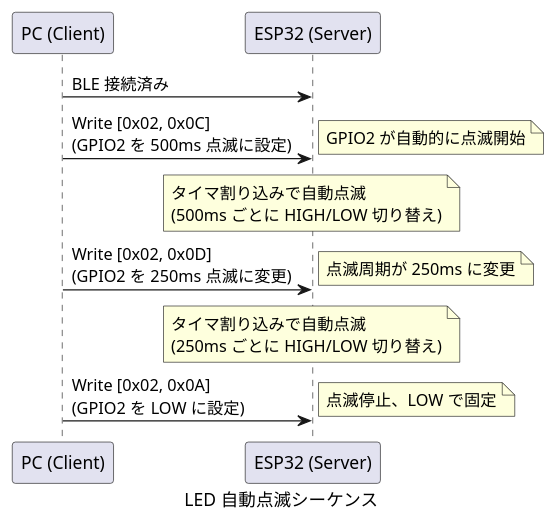
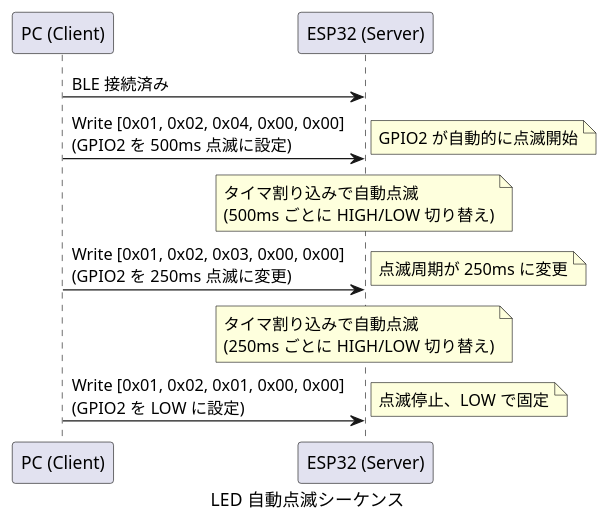
One commit to Hondarer/bleio changed the second of 4 diagrams in docs-src/protocol.md. Above: the diagram before and after it, drawn with PlantUML. The commit also changed other lines of this file and 3 other files, not shown here.

````diff
--- a/docs-src/protocol.md
+++ b/docs-src/protocol.md
@@ -317,23 +317,23 @@
 ```plantuml
 @startuml LED 自動点滅シーケンス
     caption LED 自動点滅シーケンス
 
     participant "PC (Client)" as PC
     participant "ESP32 (Server)" as ESP32
 
     PC -> ESP32: BLE 接続済み
 
-    PC -> ESP32: Write [0x02, 0x0C]\n(GPIO2 を 500ms 点滅に設定)
+    PC -> ESP32: Write [0x01, 0x02, 0x04, 0x00, 0x00]\n(GPIO2 を 500ms 点滅に設定)
     note right: GPIO2 が自動的に点滅開始
 
     note over ESP32: タイマ割り込みで自動点滅\n(500ms ごとに HIGH/LOW 切り替え)
 
-    PC -> ESP32: Write [0x02, 0x0D]\n(GPIO2 を 250ms 点滅に変更)
+    PC -> ESP32: Write [0x01, 0x02, 0x03, 0x00, 0x00]\n(GPIO2 を 250ms 点滅に変更)
     note right: 点滅周期が 250ms に変更
 
     note over ESP32: タイマ割り込みで自動点滅\n(250ms ごとに HIGH/LOW 切り替え)
 
-    PC -> ESP32: Write [0x02, 0x0A]\n(GPIO2 を LOW に設定)
+    PC -> ESP32: Write [0x01, 0x02, 0x01, 0x00, 0x00]\n(GPIO2 を LOW に設定)
     note right: 点滅停止、LOW で固定
 @enduml
 ```
````
